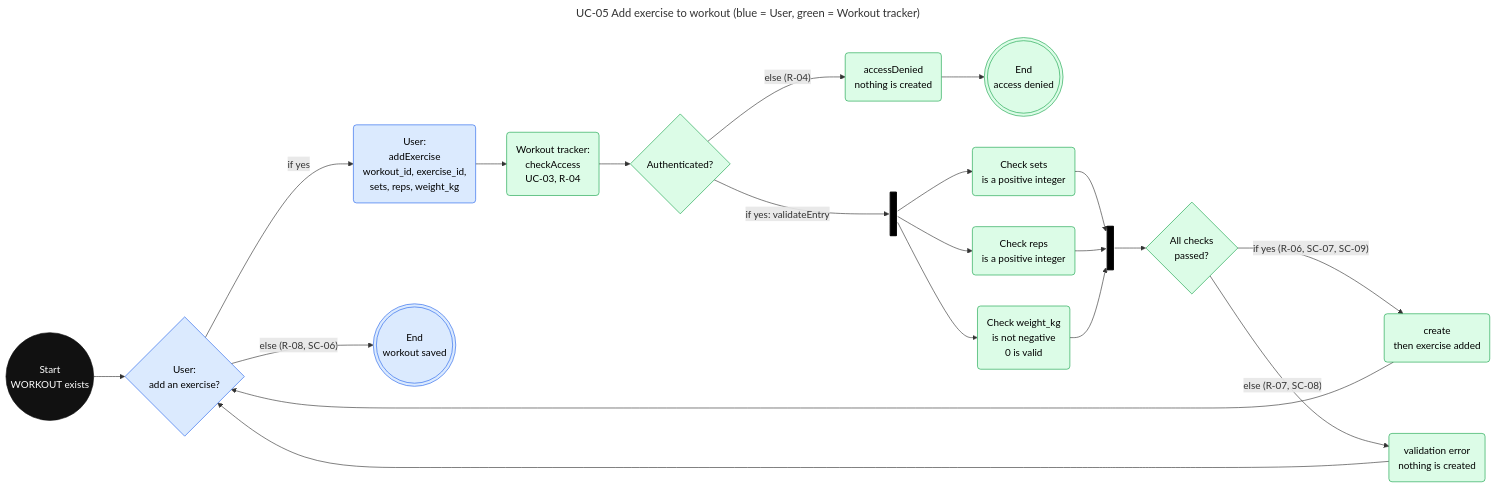
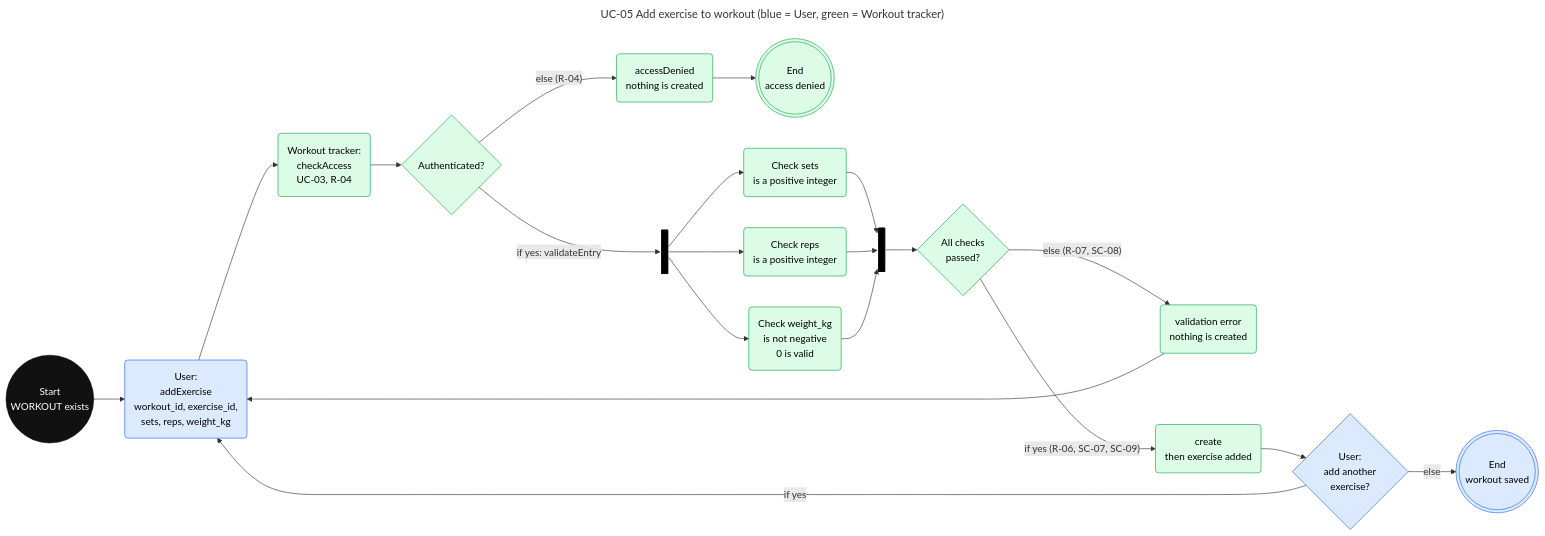
The diagram in task-4/activity-diagram.mmd (setlors/kpi-2), drawn with Mermaid before and after one commit. The commit also changed 1 other file, not shown here.

Commit message:
refactor activity diagram to streamline exercise addition flow

```diff
--- a/task-4/activity-diagram.mmd
+++ b/task-4/activity-diagram.mmd
@@ -1,50 +1,49 @@
 ---
 title: "UC-05 Add exercise to workout (blue = User, green = Workout tracker)"
 ---
 flowchart LR
     S0(("Start<br/>WORKOUT exists"))
-    D1{"User:<br/>add an exercise?"}
     A2("User:<br/>addExercise<br/>workout_id, exercise_id,<br/>sets, reps, weight_kg")
-    E1((("End<br/>workout saved")))
-
     A3("Workout tracker:<br/>checkAccess<br/>UC-03, R-04")
     D4{"Authenticated?"}
     A5("accessDenied<br/>nothing is created")
     E2((("End<br/>access denied")))
     F6@{ shape: fork, label: " " }
     A7a("Check sets<br/>is a positive integer")
     A7b("Check reps<br/>is a positive integer")
     A7c("Check weight_kg<br/>is not negative<br/>0 is valid")
     J8@{ shape: join, label: " " }
     D9{"All checks<br/>passed?"}
     A10("validation error<br/>nothing is created")
     A11("create<br/>then exercise added")
+    D12{"User:<br/>add another<br/>exercise?"}
+    E1((("End<br/>workout saved")))
 
-    S0 --> D1
-    D1 -- "if yes" --> A2
-    D1 -- "else (R-08, SC-06)" --> E1
+    S0 --> A2
     A2 --> A3
     A3 --> D4
     D4 -- "if yes: validateEntry" --> F6
     D4 -- "else (R-04)" --> A5
     A5 --> E2
     F6 --> A7a
     F6 --> A7b
     F6 --> A7c
     A7a --> J8
     A7b --> J8
     A7c --> J8
     J8 --> D9
     D9 -- "if yes (R-06, SC-07, SC-09)" --> A11
     D9 -- "else (R-07, SC-08)" --> A10
-    A10 --> D1
-    A11 --> D1
+    A10 --> A2
+    A11 --> D12
+    D12 -- "if yes" --> A2
+    D12 -- "else" --> E1
 
     classDef user fill:#dbeafe,stroke:#2563eb,color:#000;
     classDef wt fill:#dcfce7,stroke:#16a34a,color:#000;
     classDef start fill:#111,stroke:#111,color:#fff;
     classDef bar fill:#000,stroke:#000;
     class S0 start;
     class F6,J8 bar;
-    class D1,A2,E1 user;
+    class A2,D12,E1 user;
     class A3,D4,A5,E2,A7a,A7b,A7c,D9,A10,A11 wt;
```
